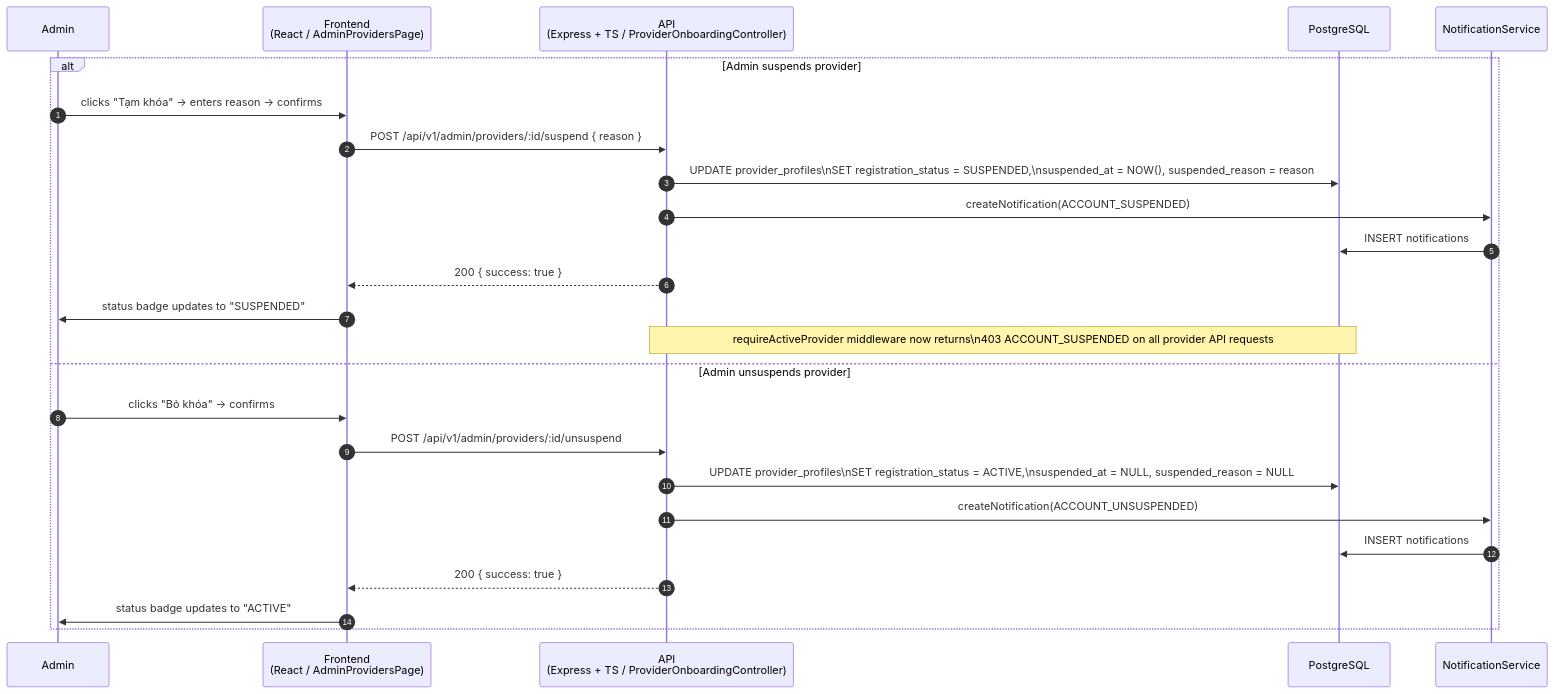
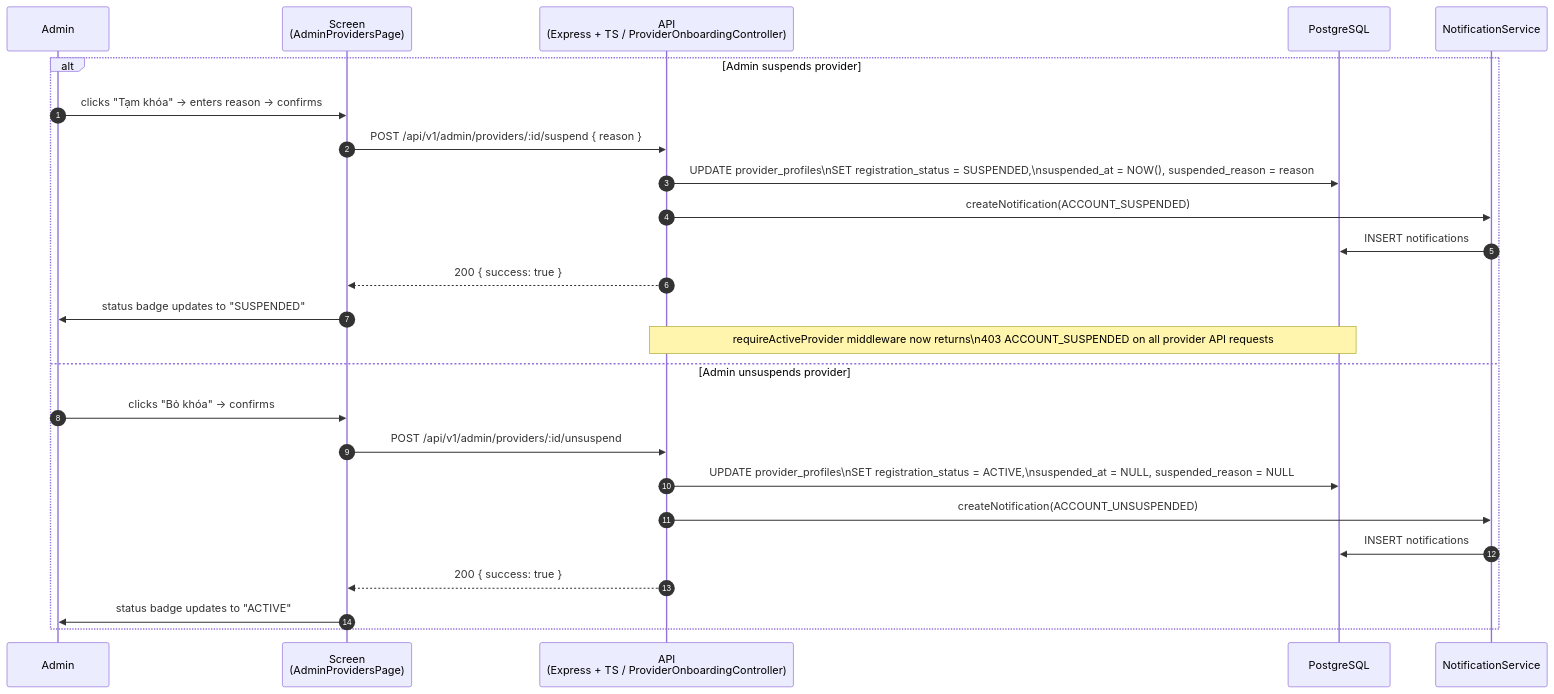
Before and after one commit to RCField-SEP490/rcfield-spec: the sixth of 10 diagrams in docs/diagrams/sequence/sequence-flow-provider-onboarding-subscription.md, drawn with Mermaid. The commit also changed other lines of this file and 15 other files, not shown here.

First line of the commit message:
Add sequence flow diagrams for provider, staff, and supporting operations

````diff
--- a/docs/diagrams/sequence/sequence-flow-provider-onboarding-subscription.md
+++ b/docs/diagrams/sequence/sequence-flow-provider-onboarding-subscription.md
@@ -258,29 +258,29 @@
 ```mermaid
 sequenceDiagram
     autonumber
     participant A as Admin
-    participant MA as Frontend<br/>(React / AdminProvidersPage)
+    participant MA as Screen<br/>(AdminProvidersPage)
     participant B as API<br/>(Express + TS / ProviderOnboardingController)
     participant DB as PostgreSQL
     participant N as NotificationService
 
     alt Admin suspends provider
         A->>MA: clicks "Tạm khóa" → enters reason → confirms
         MA->>B: POST /api/v1/admin/providers/:id/suspend { reason }
         B->>DB: UPDATE provider_profiles\nSET registration_status = SUSPENDED,\nsuspended_at = NOW(), suspended_reason = reason
         B->>N: createNotification(ACCOUNT_SUSPENDED)
         N->>DB: INSERT notifications
         B-->>MA: 200 { success: true }
         MA->>A: status badge updates to "SUSPENDED"
         Note over B,DB: requireActiveProvider middleware now returns\n403 ACCOUNT_SUSPENDED on all provider API requests
 
     else Admin unsuspends provider
         A->>MA: clicks "Bỏ khóa" → confirms
         MA->>B: POST /api/v1/admin/providers/:id/unsuspend
         B->>DB: UPDATE provider_profiles\nSET registration_status = ACTIVE,\nsuspended_at = NULL, suspended_reason = NULL
         B->>N: createNotification(ACCOUNT_UNSUSPENDED)
         N->>DB: INSERT notifications
         B-->>MA: 200 { success: true }
         MA->>A: status badge updates to "ACTIVE"
     end
 ```
````
